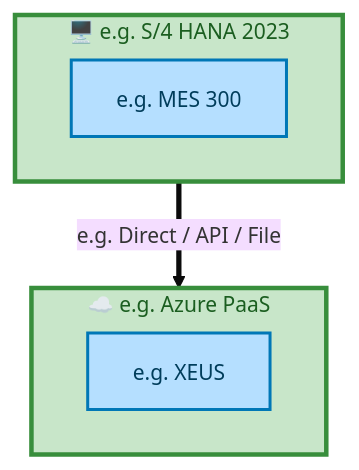
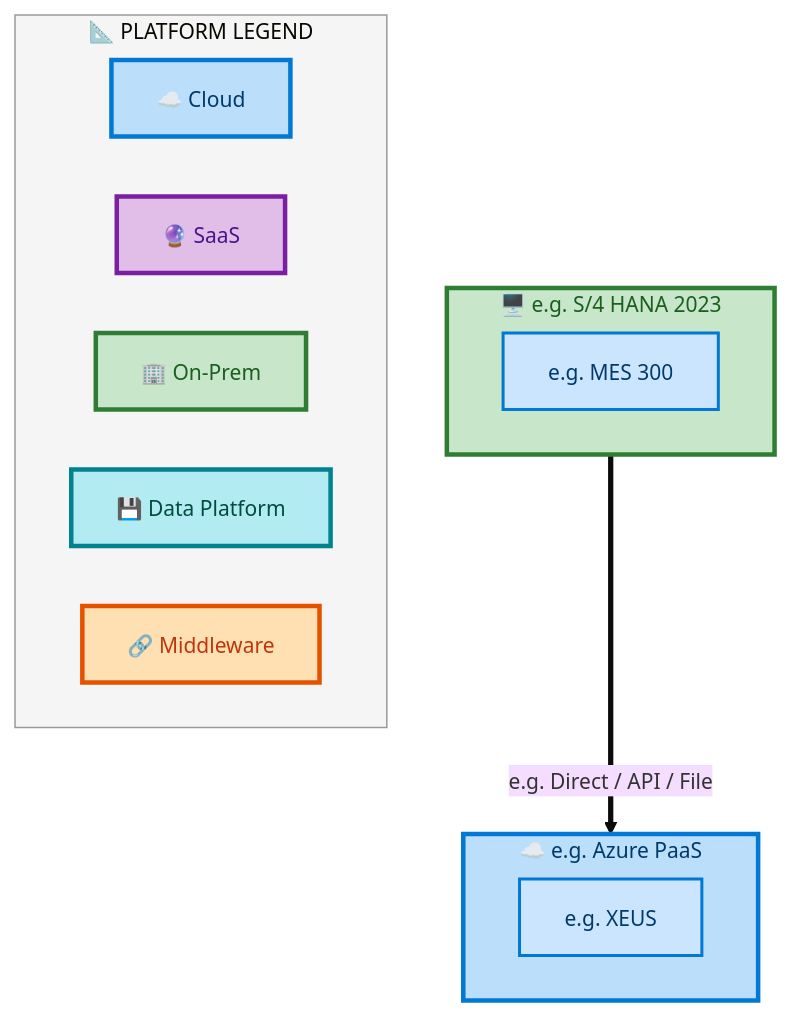
One commit to sajivfrancis777/IAO-Architecture changed the seventh of 7 diagrams in towers/E2E/Procure to Pay/E2E-40/output/docs/systems-architecture/E2E-40-Architecture.md. Above: the diagram before and after it, drawn with Mermaid. The commit also changed other lines of this file and 394 other files, not shown here.

First line of the commit message:
feat: structured layer ordering for Mermaid architecture diagrams

````diff
--- a/towers/E2E/Procure to Pay/E2E-40/output/docs/systems-architecture/E2E-40-Architecture.md
+++ b/towers/E2E/Procure to Pay/E2E-40/output/docs/systems-architecture/E2E-40-Architecture.md
@@ -671,22 +704,36 @@
 ```mermaid
 %%{init: {"theme": "base", "securityLevel": "loose", "themeVariables": {"fontSize": "14px", "fontFamily": "Segoe UI, Arial"}, "flowchart": {"useMaxWidth": false, "htmlLabels": true, "nodeSpacing": 40, "rankSpacing": 50}} }%%
 flowchart TB
-    classDef appBox fill:#B5DFFF,stroke:#0077B6,stroke-width:2px,color:#003D5B
-    classDef platBox fill:#C8E6C9,stroke:#388E3C,stroke-width:3px,color:#1B5E20
-    classDef eolBox fill:#FFB5B5,stroke:#CC0000,stroke-width:2px,color:#660000
+    classDef appBox fill:#CCE5FF,stroke:#0078D4,stroke-width:2px,color:#003A6C
+    classDef platBox fill:#C8E6C9,stroke:#2E7D32,stroke-width:3px,color:#1B5E20
+    classDef eolBox fill:#FFCDD2,stroke:#C62828,stroke-width:2px,color:#B71C1C
 
     subgraph E2E40FPLP_e_g_Azure_PaaS["☁️ e.g. Azure PaaS"]
         direction LR
         E2E40FPLA_e_g_XEUS["e.g. XEUS"]:::appBox
     end
-    style E2E40FPLP_e_g_Azure_PaaS fill:#C8E6C9,stroke:#388E3C,stroke-width:3px,color:#1B5E20
+    style E2E40FPLP_e_g_Azure_PaaS fill:#BBDEFB,stroke:#0078D4,stroke-width:3px,color:#003A6C
 
     subgraph E2E40FPLP_e_g_S_4_HANA_2023["🖥️ e.g. S/4 HANA 2023"]
         direction LR
         E2E40FPLA_e_g_MES_300["e.g. MES 300"]:::appBox
     end
-    style E2E40FPLP_e_g_S_4_HANA_2023 fill:#C8E6C9,stroke:#388E3C,stroke-width:3px,color:#1B5E20
+    style E2E40FPLP_e_g_S_4_HANA_2023 fill:#C8E6C9,stroke:#2E7D32,stroke-width:3px,color:#1B5E20
 
     E2E40FPLP_e_g_S_4_HANA_2023 ==>|"e.g. Direct / API / File"| E2E40FPLP_e_g_Azure_PaaS
 
+    subgraph E2E40FPLLegend["📐 PLATFORM LEGEND"]
+        direction LR
+        E2E40FPLLC["☁️ Cloud"]
+        E2E40FPLLS["🔮 SaaS"]
+        E2E40FPLLO["🏢 On-Prem"]
+        E2E40FPLLD["💾 Data Platform"]
+        E2E40FPLLM["🔗 Middleware"]
+    end
+    style E2E40FPLLegend fill:#F5F5F5,stroke:#999,stroke-width:1px
+    style E2E40FPLLC fill:#BBDEFB,stroke:#0078D4,stroke-width:3px,color:#003A6C
+    style E2E40FPLLS fill:#E1BEE7,stroke:#7B1FA2,stroke-width:3px,color:#4A148C
+    style E2E40FPLLO fill:#C8E6C9,stroke:#2E7D32,stroke-width:3px,color:#1B5E20
+    style E2E40FPLLD fill:#B2EBF2,stroke:#00838F,stroke-width:3px,color:#004D40
+    style E2E40FPLLM fill:#FFE0B2,stroke:#E65100,stroke-width:3px,color:#BF360C
 ```
````
